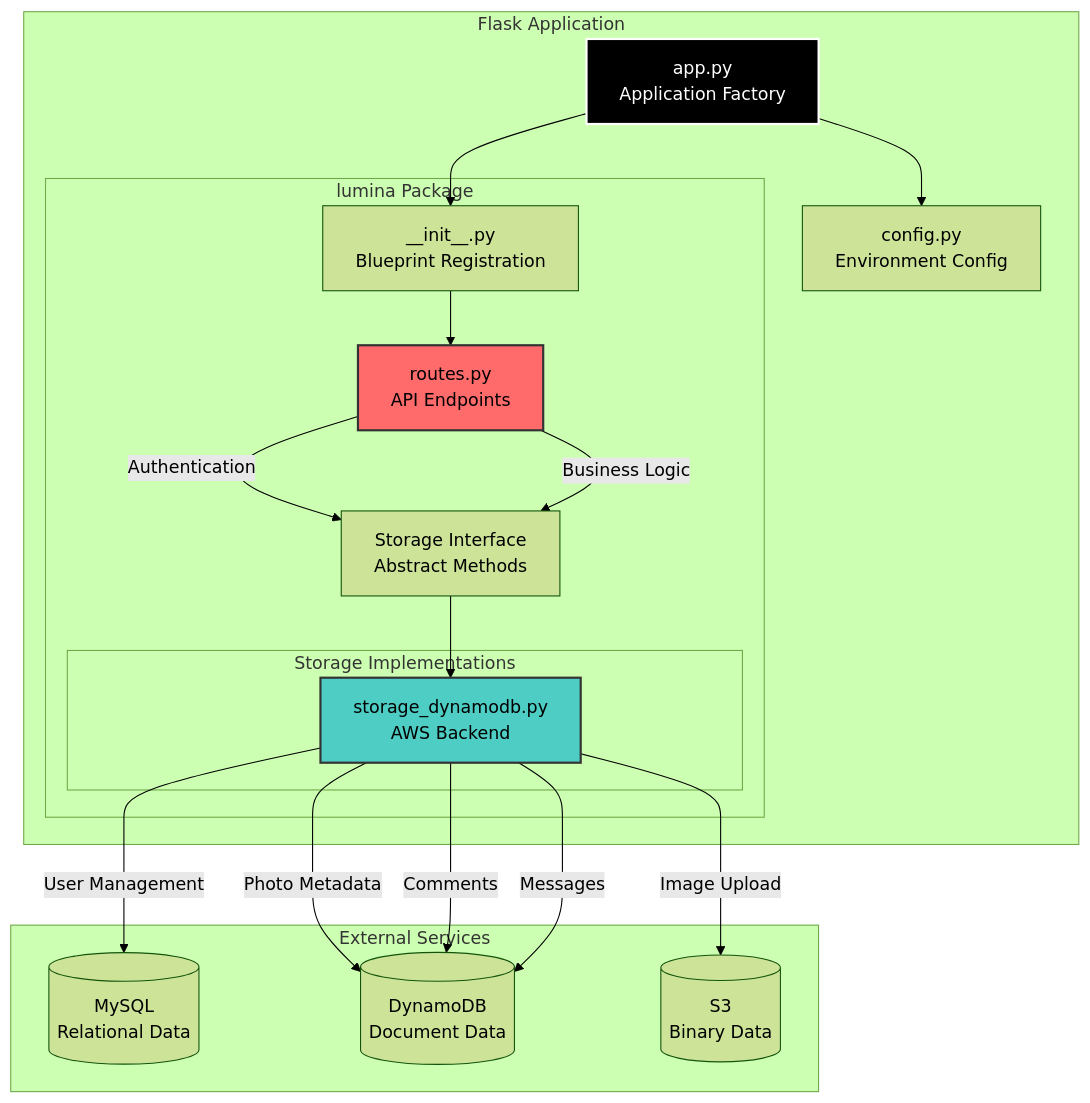
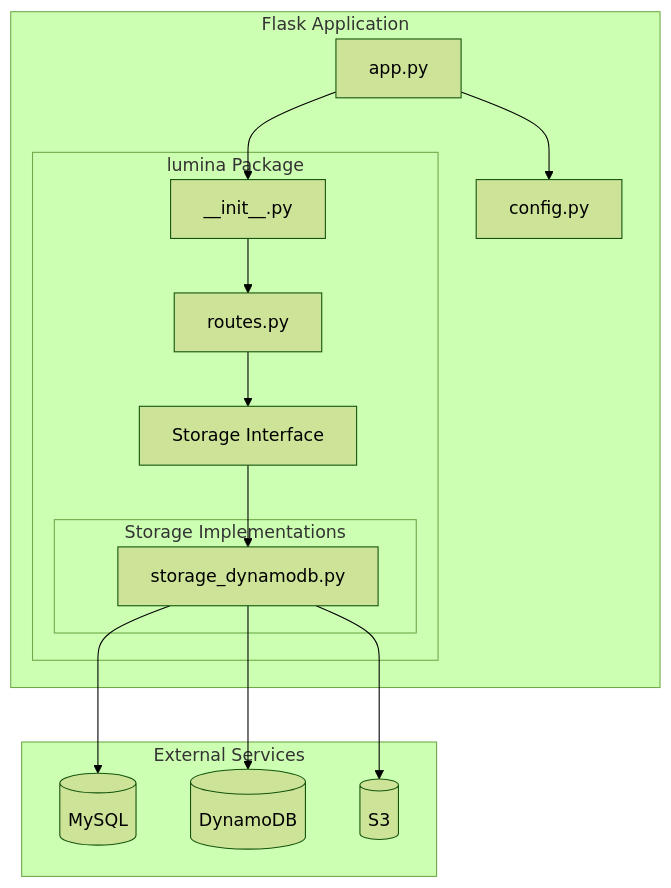
One commit to premalshah999/Cloud607_Final_Project changed the third of 10 diagrams in ARCHITECTURE_DIAGRAMS.md. Above: the diagram before and after it, drawn with Mermaid (forest theme). The commit also changed other lines of this file, not shown here.

Commit message:
Fix Mermaid diagram syntax errors - remove br tags, fix subgraph names, fix stateDiagram notes

````diff
--- a/ARCHITECTURE_DIAGRAMS.md
+++ b/ARCHITECTURE_DIAGRAMS.md
@@ -118,40 +104,33 @@
 ```mermaid
 graph TB
-    subgraph "Flask Application"
-        App[app.py<br/>Application Factory]
-        Config[config.py<br/>Environment Config]
+    subgraph Flask_App["Flask Application"]
+        App["app.py"]
+        Config["config.py"]
         
-        subgraph "lumina Package"
-            Init[__init__.py<br/>Blueprint Registration]
-            Routes[routes.py<br/>API Endpoints]
-            StorageInterface[Storage Interface<br/>Abstract Methods]
+        subgraph Lumina_Package["lumina Package"]
+            Init["__init__.py"]
+            Routes["routes.py"]
+            StorageInterface["Storage Interface"]
             
-            subgraph "Storage Implementations"
-                DynamoDBStorage[storage_dynamodb.py<br/>AWS Backend]
+            subgraph Storage_Impl["Storage Implementations"]
+                DynamoDBStorage["storage_dynamodb.py"]
             end
         end
     end
     
-    subgraph "External Services"
-        MySQL[(MySQL<br/>Relational Data)]
-        DynamoDB[(DynamoDB<br/>Document Data)]
-        S3[(S3<br/>Binary Data)]
+    subgraph External["External Services"]
+        MySQL[("MySQL")]
+        DynamoDB[("DynamoDB")]
+        S3[("S3")]
     end
     
     App --> Config
     App --> Init
     Init --> Routes
-    Routes -->|Authentication| StorageInterface
-    Routes -->|Business Logic| StorageInterface
+    Routes --> StorageInterface
     StorageInterface --> DynamoDBStorage
     
-    DynamoDBStorage -->|User Management| MySQL
-    DynamoDBStorage -->|Photo Metadata| DynamoDB
-    DynamoDBStorage -->|Comments| DynamoDB
-    DynamoDBStorage -->|Messages| DynamoDB
-    DynamoDBStorage -->|Image Upload| S3
-    
-    style App fill:#000,stroke:#fff,stroke-width:2px,color:#fff
-    style Routes fill:#ff6b6b,stroke:#333,stroke-width:2px
-    style DynamoDBStorage fill:#4ecdc4,stroke:#333,stroke-width:2px
+    DynamoDBStorage --> MySQL
+    DynamoDBStorage --> DynamoDB
+    DynamoDBStorage --> S3
 ```
````
